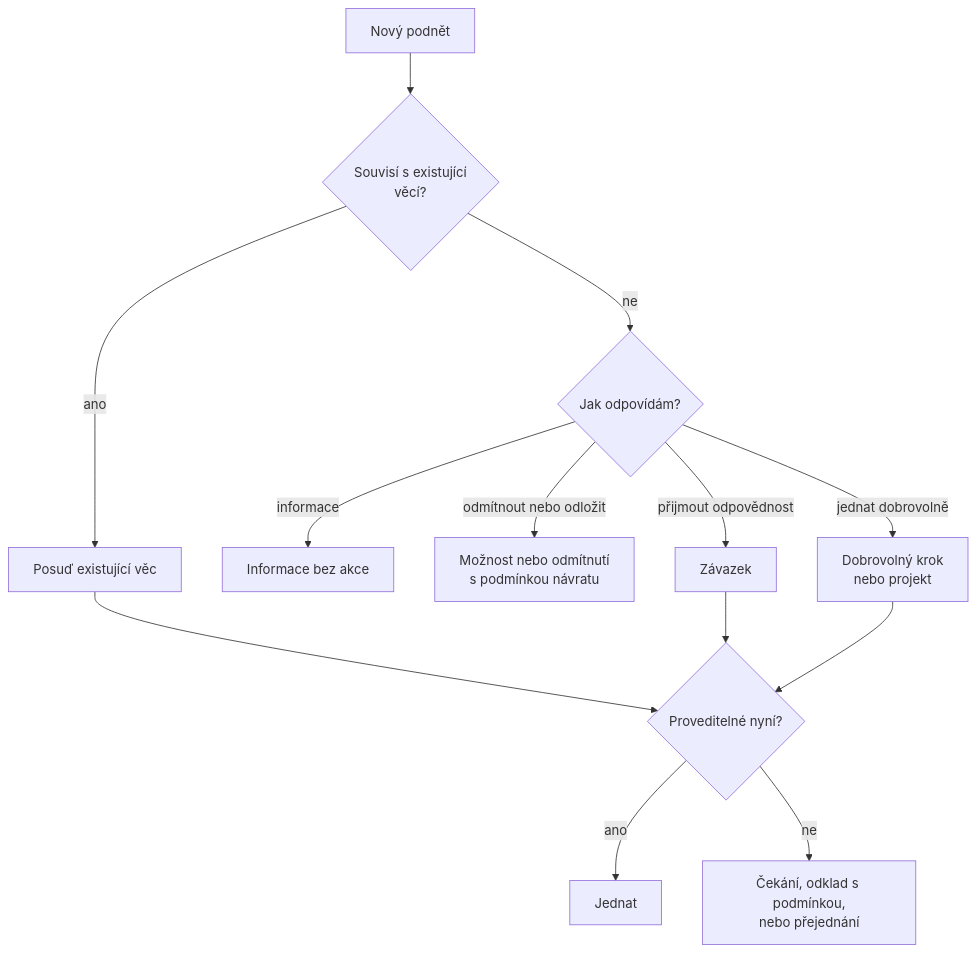
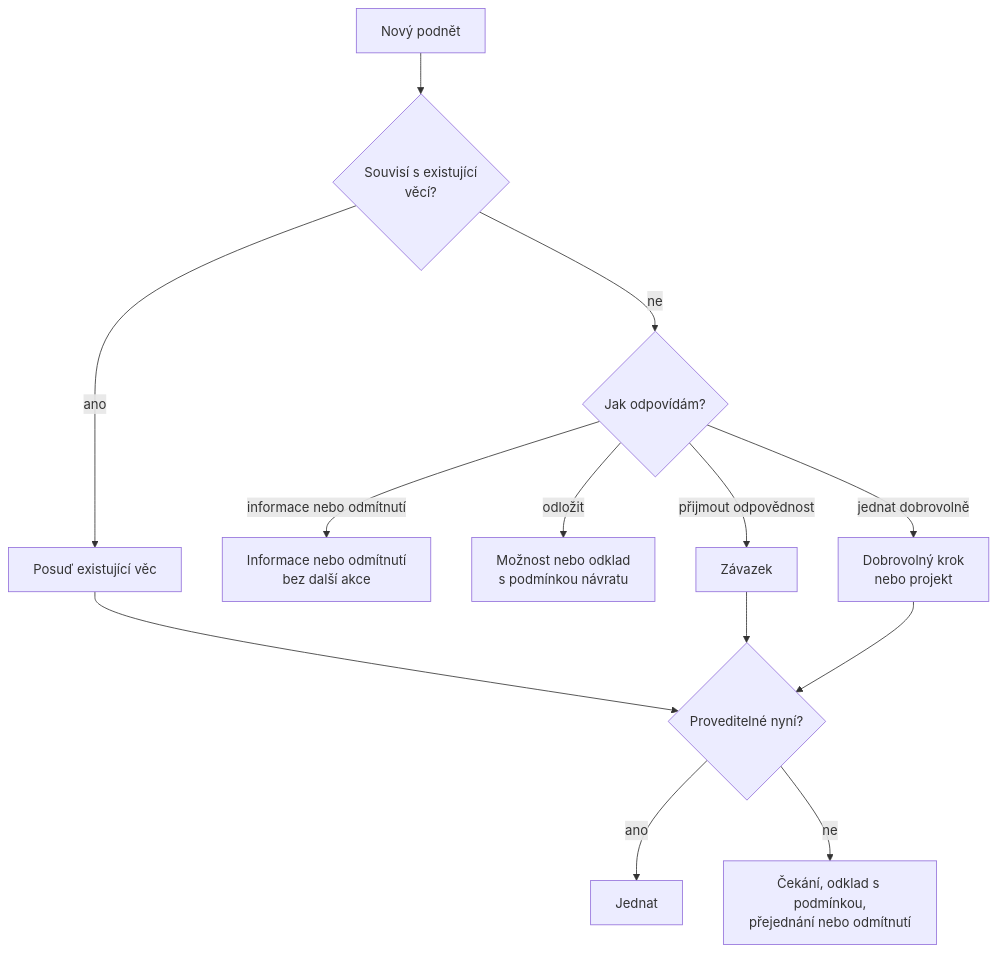
One commit to Semtexcz/PLOS changed the diagram in docs/how-to/process-input.md. Above: the diagram before and after it, drawn with Mermaid. The commit also changed other lines of this file and 6 other files, not shown here.

````diff
--- a/docs/how-to/process-input.md
+++ b/docs/how-to/process-input.md
@@ -15,15 +15,15 @@
 ```mermaid
 flowchart TD
     A["Nový podnět"] --> B{"Souvisí s existující<br/>věcí?"}
     B -->|"ano"| C["Posuď existující věc"]
     B -->|"ne"| D{"Jak odpovídám?"}
-    D -->|"informace"| E["Informace bez akce"]
-    D -->|"odmítnout nebo odložit"| F["Možnost nebo odmítnutí<br/>s podmínkou návratu"]
+    D -->|"informace nebo odmítnutí"| E["Informace nebo odmítnutí<br/>bez další akce"]
+    D -->|"odložit"| F["Možnost nebo odklad<br/>s podmínkou návratu"]
     D -->|"přijmout odpovědnost"| G["Závazek"]
     D -->|"jednat dobrovolně"| H["Dobrovolný krok<br/>nebo projekt"]
     C --> I{"Proveditelné nyní?"}
     G --> I
     H --> I
     I -->|"ano"| J["Jednat"]
-    I -->|"ne"| K["Čekání, odklad s podmínkou,<br/>nebo přejednání"]
+    I -->|"ne"| K["Čekání, odklad s podmínkou,<br/>přejednání nebo odmítnutí"]
 ```
````
